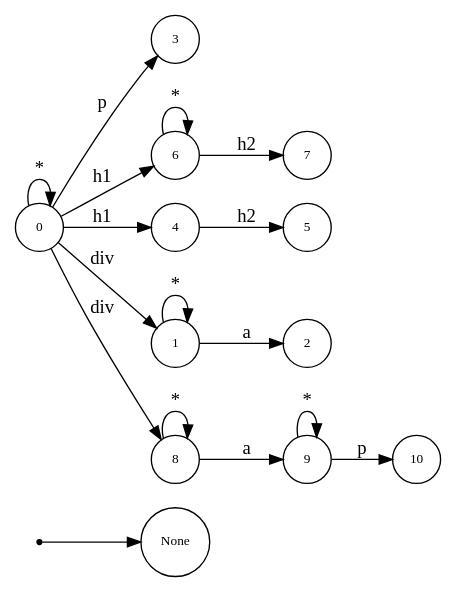
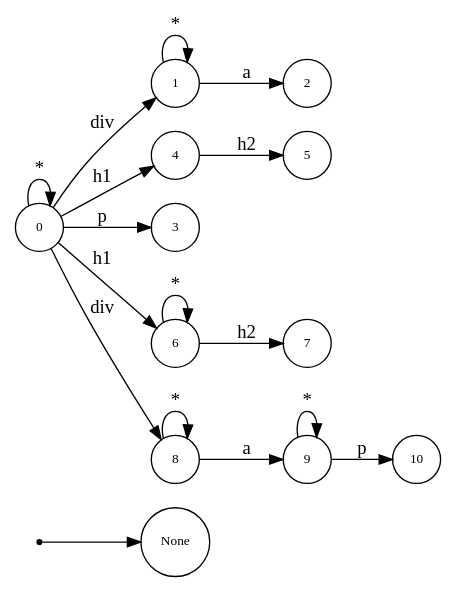
The diagram in dot.dot (asukaminato0721/css-bitvector-compiler), drawn with Graphviz before and after one commit. The commit also changed other lines of this file and 42 other files, not shown here.

```diff
--- a/dot.dot
+++ b/dot.dot
@@ -1,33 +1,33 @@
 digraph NFA {
   rankdir=LR;
   node [shape=circle, fontsize=10];
   __start [shape=point, label=""];
   __start -> None;
+  1 [label="1"];
   9 [label="9"];
-  2 [label="2"];
+  4 [label="4"];
+  7 [label="7"];
+  10 [label="10"];
   3 [label="3"];
   5 [label="5"];
-  7 [label="7"];
   6 [label="6"];
-  4 [label="4"];
   0 [label="0"];
-  1 [label="1"];
   8 [label="8"];
-  10 [label="10"];
+  2 [label="2"];
   { node [shape=doublecircle]; 2 3 5 7 10 }
   0 -> 0 [label="*"];
   0 -> 1 [label="div"];
   1 -> 1 [label="*"];
   1 -> 2 [label="a"];
   0 -> 3 [label="p"];
   0 -> 4 [label="h1"];
   4 -> 5 [label="h2"];
   0 -> 6 [label="h1"];
   6 -> 6 [label="*"];
   6 -> 7 [label="h2"];
   0 -> 8 [label="div"];
   8 -> 8 [label="*"];
   8 -> 9 [label="a"];
   9 -> 9 [label="*"];
   9 -> 10 [label="p"];
 }
```
